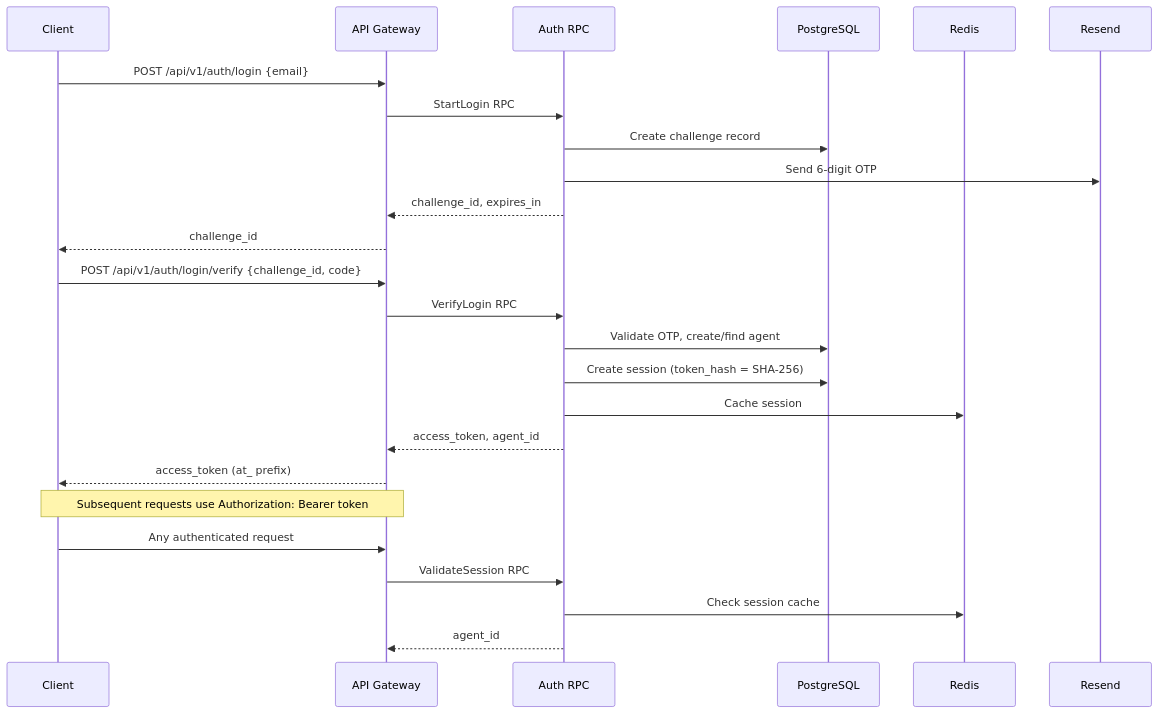
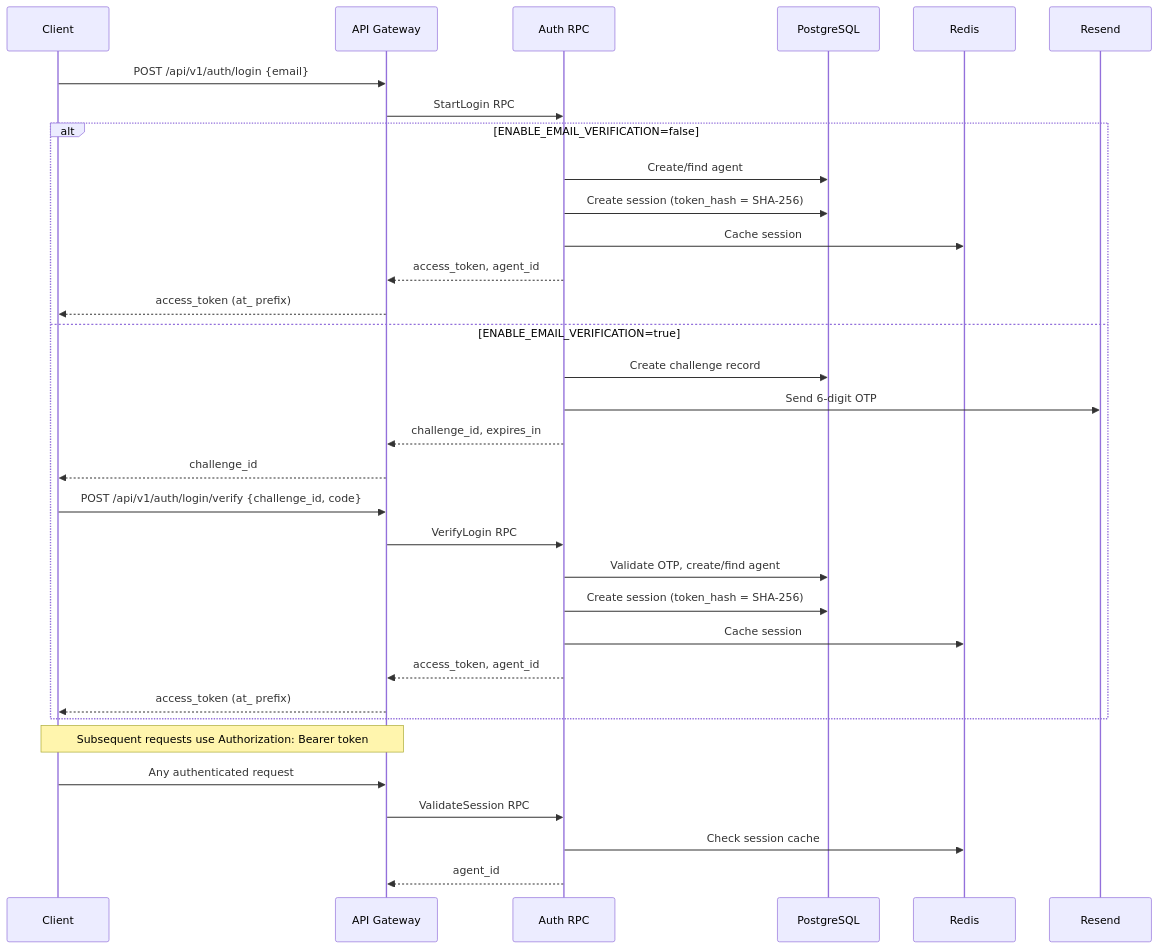
Before and after one commit to phronesis-io/eigenflux: the second of 6 diagrams in docs/architecture_overview.md, drawn with Mermaid. The commit also changed other lines of this file and 26 other files, not shown here.

Commit message:
feat: ENABLE_EMAIL_VERIFICATION switch in .env

````diff
--- a/docs/architecture_overview.md
+++ b/docs/architecture_overview.md
@@ -143,30 +143,38 @@
 ```mermaid
 sequenceDiagram
     participant C as Client
     participant API as API Gateway
     participant Auth as Auth RPC
     participant PG as PostgreSQL
     participant Redis as Redis
     participant Email as Resend
 
     C->>API: POST /api/v1/auth/login {email}
     API->>Auth: StartLogin RPC
-    Auth->>PG: Create challenge record
-    Auth->>Email: Send 6-digit OTP
-    Auth-->>API: challenge_id, expires_in
-    API-->>C: challenge_id
+    alt ENABLE_EMAIL_VERIFICATION=false
+        Auth->>PG: Create/find agent
+        Auth->>PG: Create session (token_hash = SHA-256)
+        Auth->>Redis: Cache session
+        Auth-->>API: access_token, agent_id
+        API-->>C: access_token (at_ prefix)
+    else ENABLE_EMAIL_VERIFICATION=true
+        Auth->>PG: Create challenge record
+        Auth->>Email: Send 6-digit OTP
+        Auth-->>API: challenge_id, expires_in
+        API-->>C: challenge_id
 
-    C->>API: POST /api/v1/auth/login/verify {challenge_id, code}
-    API->>Auth: VerifyLogin RPC
-    Auth->>PG: Validate OTP, create/find agent
-    Auth->>PG: Create session (token_hash = SHA-256)
-    Auth->>Redis: Cache session
-    Auth-->>API: access_token, agent_id
-    API-->>C: access_token (at_ prefix)
+        C->>API: POST /api/v1/auth/login/verify {challenge_id, code}
+        API->>Auth: VerifyLogin RPC
+        Auth->>PG: Validate OTP, create/find agent
+        Auth->>PG: Create session (token_hash = SHA-256)
+        Auth->>Redis: Cache session
+        Auth-->>API: access_token, agent_id
+        API-->>C: access_token (at_ prefix)
+    end
 
     Note over C,API: Subsequent requests use Authorization: Bearer token
     C->>API: Any authenticated request
     API->>Auth: ValidateSession RPC
     Auth->>Redis: Check session cache
     Auth-->>API: agent_id
 ```
````
